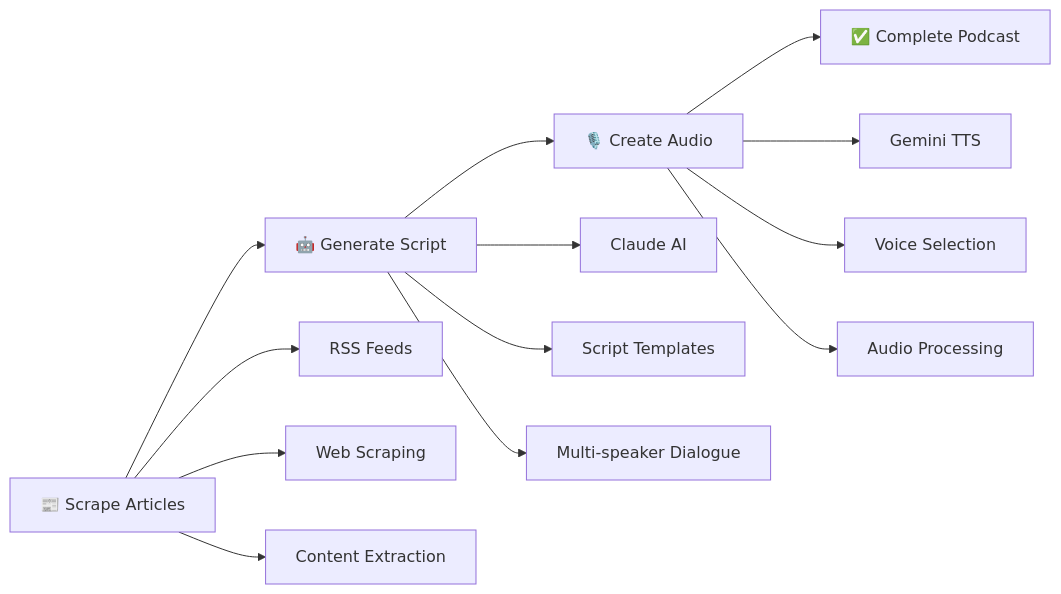
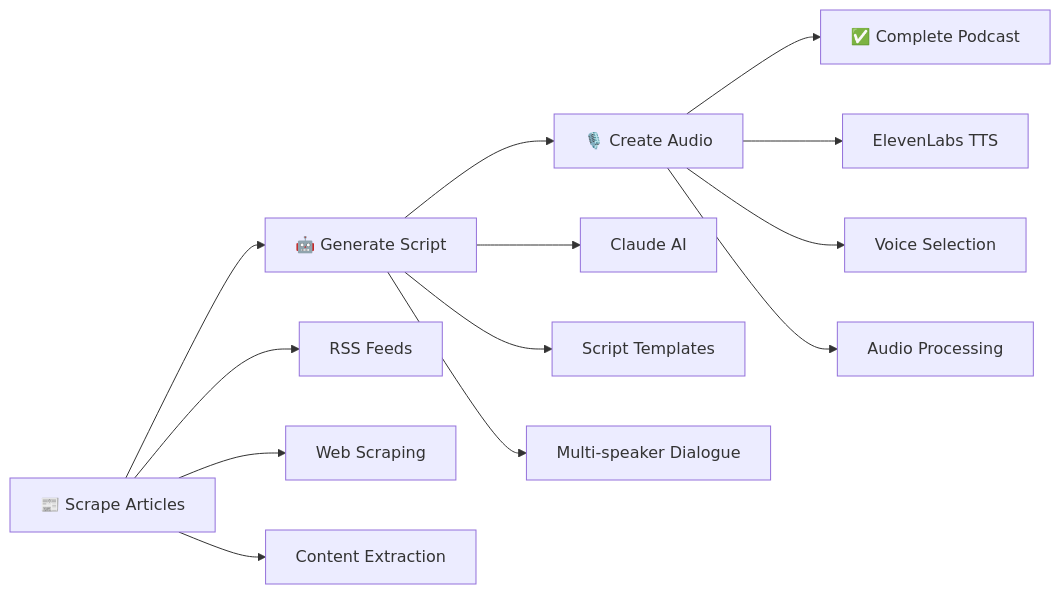
Before and after one commit to TheWinterShadow/The-Data-Packet: the second of 2 diagrams in README.md, drawn with Mermaid. The commit also changed other lines of this file and 33 other files, not shown here.

````diff
--- a/README.md
+++ b/README.md
@@ -435,18 +438,18 @@
 ```mermaid
 graph LR
     A[📰 Scrape Articles] --> B[🤖 Generate Script]
     B --> C[🎙️ Create Audio]
     C --> D[✅ Complete Podcast]
     
     A --> A1[RSS Feeds]
     A --> A2[Web Scraping]
     A --> A3[Content Extraction]
     
     B --> B1[Claude AI]
     B --> B2[Script Templates]
     B --> B3[Multi-speaker Dialogue]
     
-    C --> C1[Gemini TTS]
+    C --> C1[ElevenLabs TTS]
     C --> C2[Voice Selection]
     C --> C3[Audio Processing]
 ```
````
